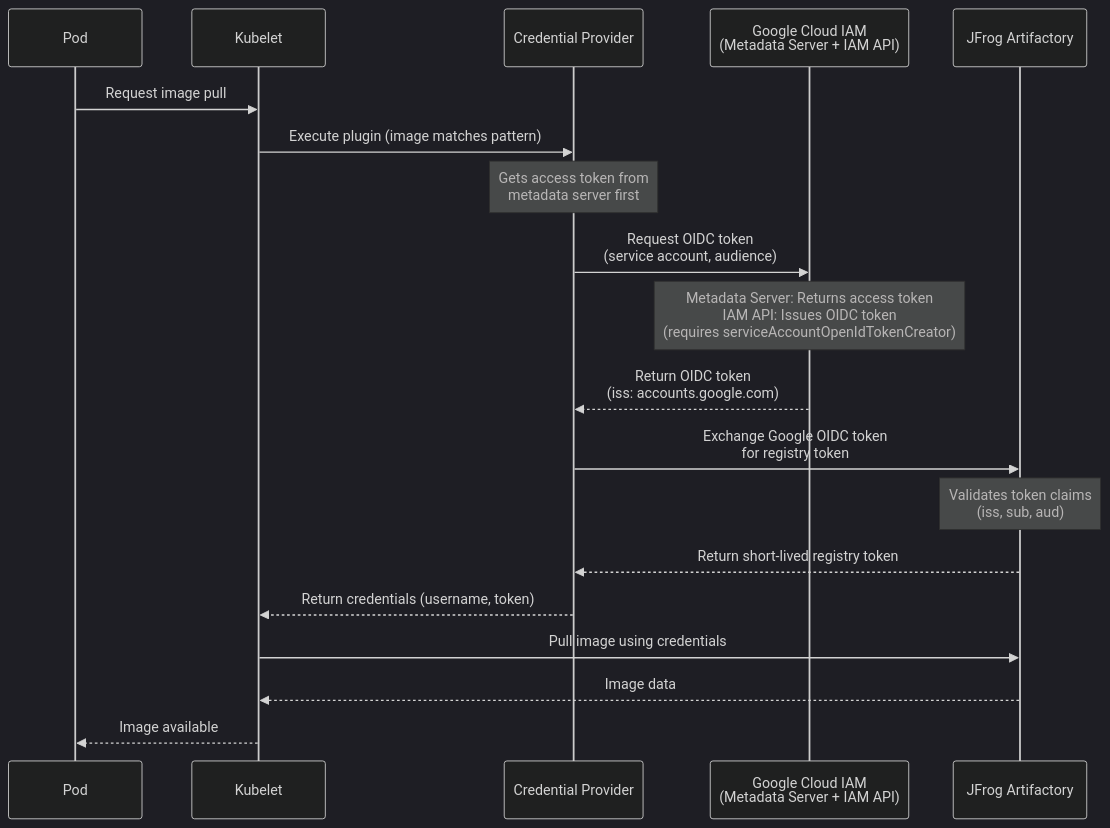
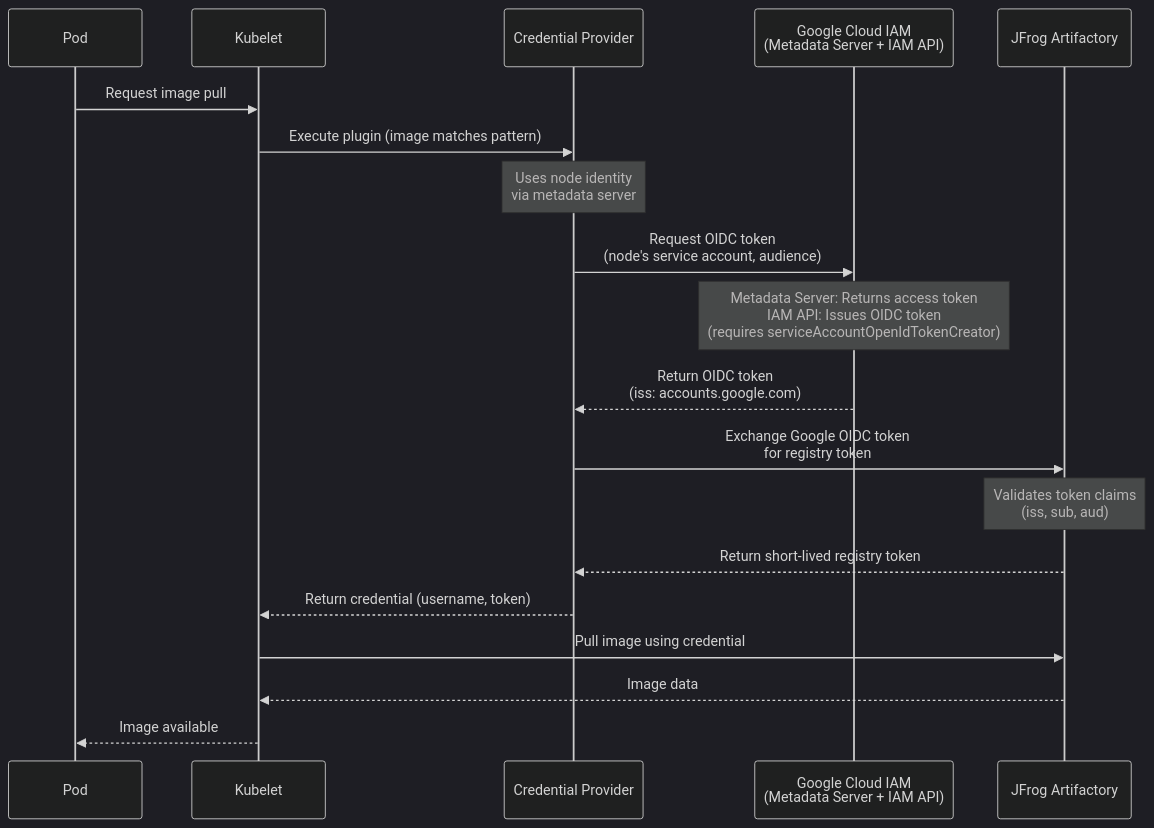
Before and after one commit to jfrog/jfrog-credentials-provider: the first of 2 diagrams in GCP.md, drawn with Mermaid (dark theme). The commit also changed other lines of this file, not shown here.

Commit message:
Adding documentation for kep gcp support (#56)

````diff
--- a/GCP.md
+++ b/GCP.md
@@ -11,22 +18,22 @@
 ```mermaid
 sequenceDiagram
     participant Pod
     participant Kubelet
     participant Plugin as Credential Provider
     participant GCP as Google Cloud IAM<br/>(Metadata Server + IAM API)
     participant Artifactory as JFrog Artifactory
     
     Pod->>Kubelet: Request image pull
     Kubelet->>Plugin: Execute plugin (image matches pattern)
-    Note over Plugin: Gets access token from<br/>metadata server first
-    Plugin->>GCP: Request OIDC token<br/>(service account, audience)
+    Note over Plugin: Uses node identity<br/>via metadata server
+    Plugin->>GCP: Request OIDC token<br/>(node's service account, audience)
     Note over GCP: Metadata Server: Returns access token<br/>IAM API: Issues OIDC token<br/>(requires serviceAccountOpenIdTokenCreator)
     GCP-->>Plugin: Return OIDC token<br/>(iss: accounts.google.com)
     Plugin->>Artifactory: Exchange Google OIDC token<br/>for registry token
     Note over Artifactory: Validates token claims<br/>(iss, sub, aud)
     Artifactory-->>Plugin: Return short-lived registry token
-    Plugin-->>Kubelet: Return credentials (username, token)
-    Kubelet->>Artifactory: Pull image using credentials
+    Plugin-->>Kubelet: Return credential (username, token)
+    Kubelet->>Artifactory: Pull image using credential
     Artifactory-->>Kubelet: Image data
     Kubelet-->>Pod: Image available
 ```
````
